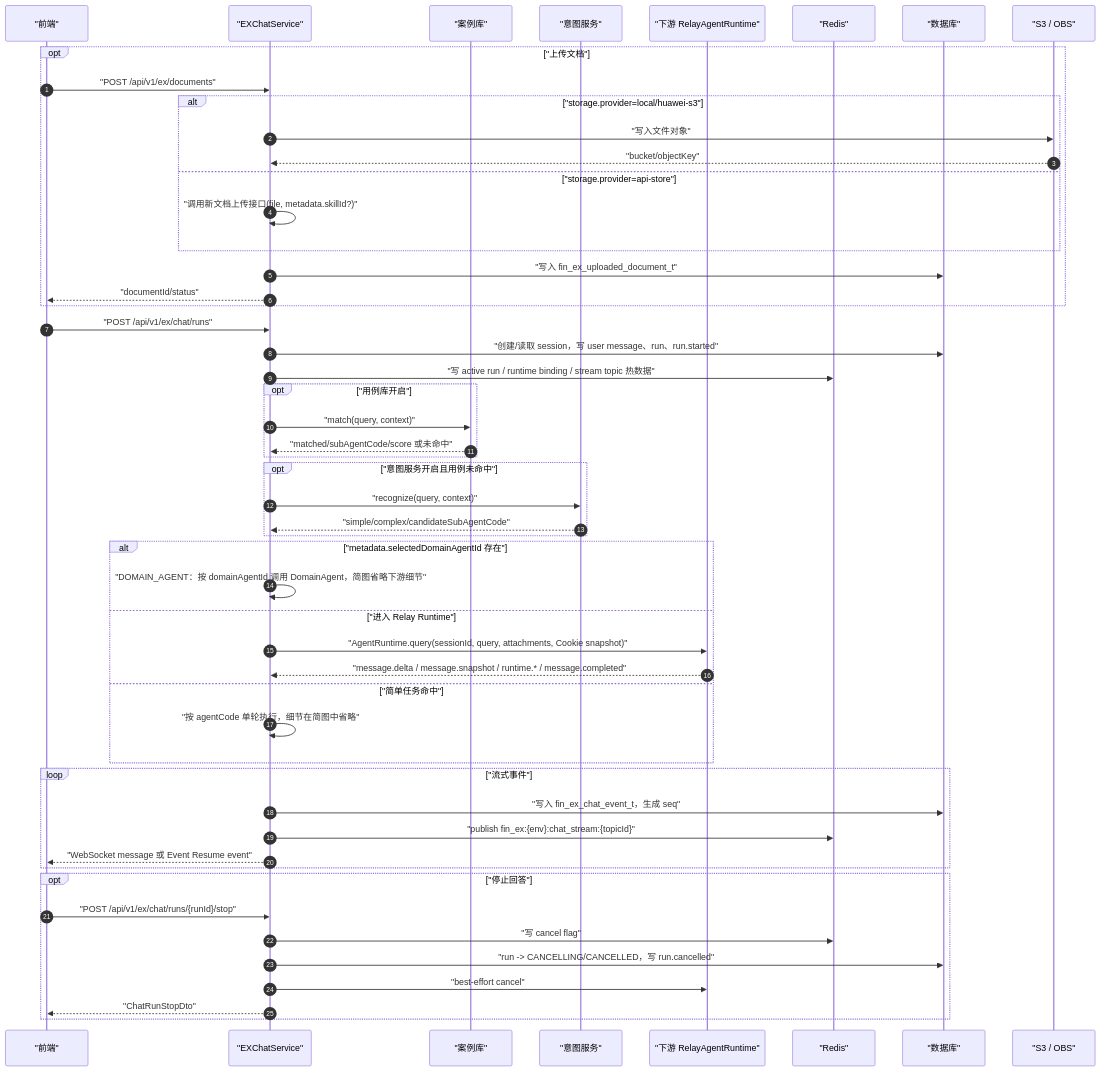
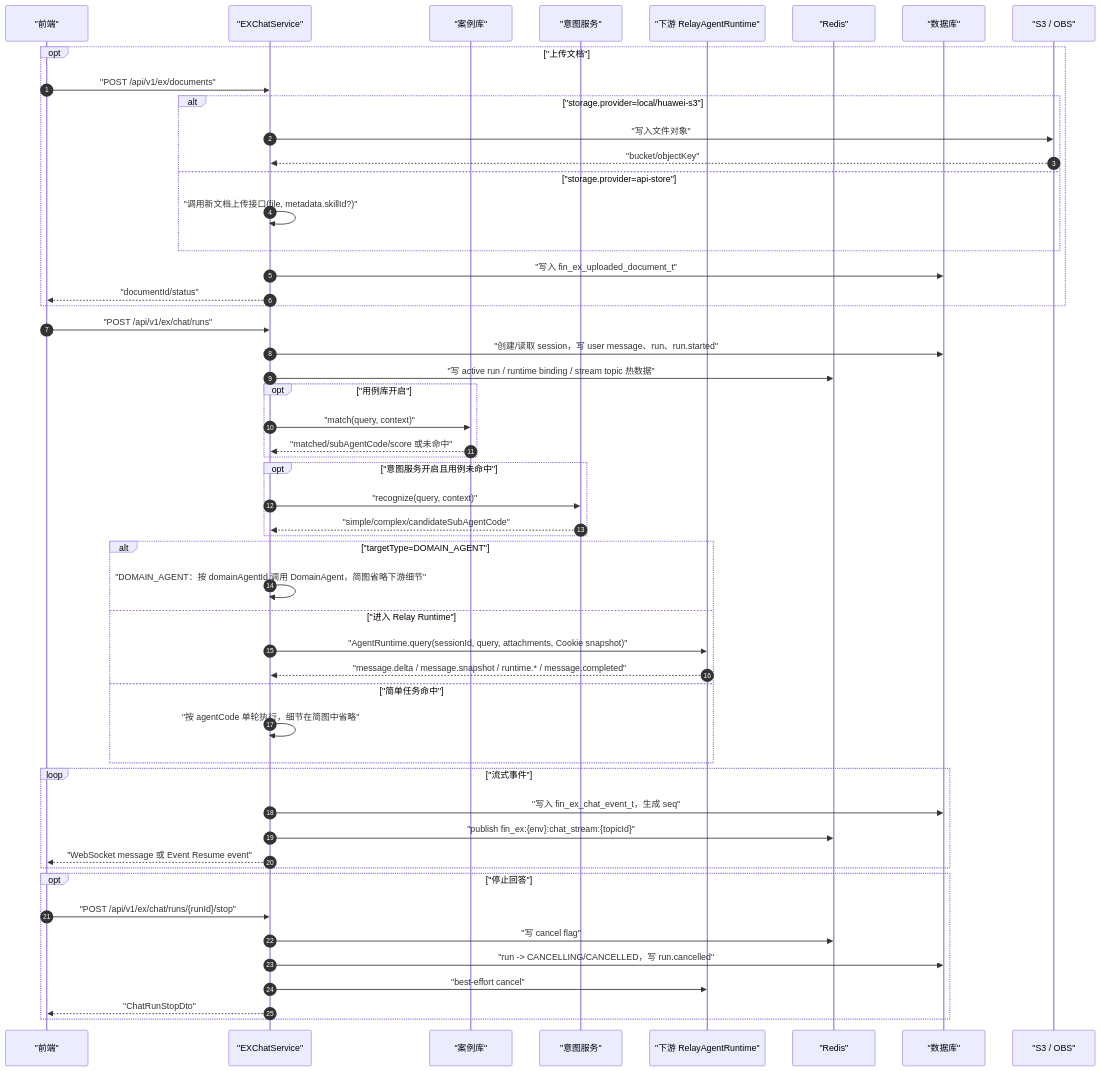
Before and after one commit to kunben-duck/exweb: the third of 10 diagrams in docs/architecture/README.md, drawn with Mermaid. The commit also changed other lines of this file and 18 other files, not shown here.

Commit message:
feat: refine domain agent direct routing

````diff
--- a/docs/architecture/README.md
+++ b/docs/architecture/README.md
@@ -160,61 +160,61 @@
 ```mermaid
 sequenceDiagram
     autonumber
     participant Frontend as "前端"
     participant EX as "EXChatService"
     participant UseCase as "案例库"
     participant Intent as "意图服务"
     participant Relay as "下游 RelayAgentRuntime"
     participant Redis as "Redis"
     participant DB as "数据库"
     participant S3 as "S3 / OBS"
 
     opt "上传文档"
         Frontend->>EX: "POST /api/v1/ex/documents"
         alt "storage.provider=local/huawei-s3"
             EX->>S3: "写入文件对象"
             S3-->>EX: "bucket/objectKey"
         else "storage.provider=api-store"
             EX->>EX: "调用新文档上传接口(file, metadata.skillId?)"
         end
         EX->>DB: "写入 fin_ex_uploaded_document_t"
         EX-->>Frontend: "documentId/status"
     end
 
     Frontend->>EX: "POST /api/v1/ex/chat/runs"
     EX->>DB: "创建/读取 session，写 user message、run、run.started"
     EX->>Redis: "写 active run / runtime binding / stream topic 热数据"
 
     opt "用例库开启"
         EX->>UseCase: "match(query, context)"
         UseCase-->>EX: "matched/subAgentCode/score 或未命中"
     end
 
     opt "意图服务开启且用例未命中"
         EX->>Intent: "recognize(query, context)"
         Intent-->>EX: "simple/complex/candidateSubAgentCode"
     end
 
-    alt "metadata.selectedDomainAgentId 存在"
+    alt "targetType=DOMAIN_AGENT"
         EX->>EX: "DOMAIN_AGENT：按 domainAgentId 调用 DomainAgent，简图省略下游细节"
     else "进入 Relay Runtime"
         EX->>Relay: "AgentRuntime.query(sessionId, query, attachments, Cookie snapshot)"
         Relay-->>EX: "message.delta / message.snapshot / runtime.* / message.completed"
     else "简单任务命中"
         EX->>EX: "按 agentCode 单轮执行，细节在简图中省略"
     end
 
     loop "流式事件"
         EX->>DB: "写入 fin_ex_chat_event_t，生成 seq"
         EX->>Redis: "publish fin_ex:{env}:chat_stream:{topicId}"
         EX-->>Frontend: "WebSocket message 或 Event Resume event"
     end
 
     opt "停止回答"
         Frontend->>EX: "POST /api/v1/ex/chat/runs/{runId}/stop"
         EX->>Redis: "写 cancel flag"
         EX->>DB: "run -> CANCELLING/CANCELLED，写 run.cancelled"
         EX->>Relay: "best-effort cancel"
         EX-->>Frontend: "ChatRunStopDto"
     end
 ```
````
